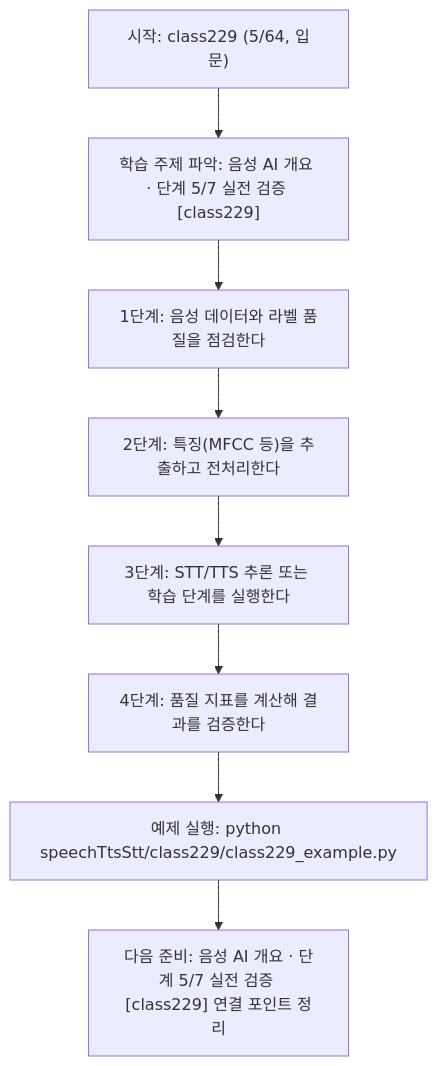
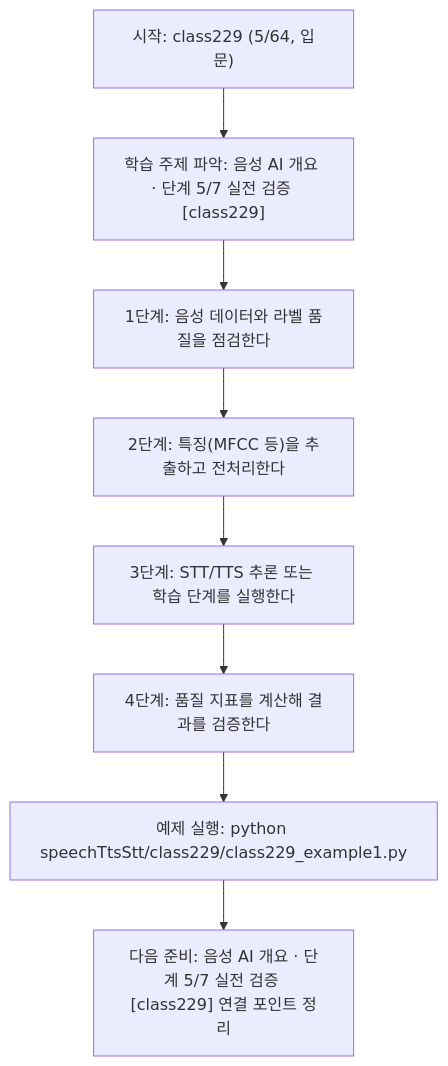
The diagram in speechTtsStt/class229/class229.md (edumgt/Python-AI_Agent-Class), drawn with Mermaid before and after one commit. The commit also changed other lines of this file and 2959 other files, not shown here.

````diff
--- a/speechTtsStt/class229/class229.md
+++ b/speechTtsStt/class229/class229.md
@@ -114,18 +114,18 @@
 ```mermaid
 flowchart TD
 N1["시작: class229 (5/64, 입문)"]
 N2["학습 주제 파악: 음성 AI 개요 · 단계 5/7 실전 검증 [class229]"]
 N3["1단계: 음성 데이터와 라벨 품질을 점검한다"]
 N4["2단계: 특징(MFCC 등)을 추출하고 전처리한다"]
 N5["3단계: STT/TTS 추론 또는 학습 단계를 실행한다"]
 N6["4단계: 품질 지표를 계산해 결과를 검증한다"]
-N7["예제 실행: python speechTtsStt/class229/class229_example.py"]
+N7["예제 실행: python speechTtsStt/class229/class229_example1.py"]
 N8["다음 준비: 음성 AI 개요 · 단계 5/7 실전 검증 [class229] 연결 포인트 정리"]
 N1 --> N2
 N2 --> N3
 N3 --> N4
 N4 --> N5
 N5 --> N6
 N6 --> N7
 N7 --> N8
 ```
````
